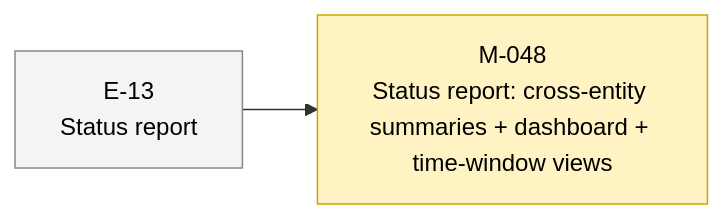
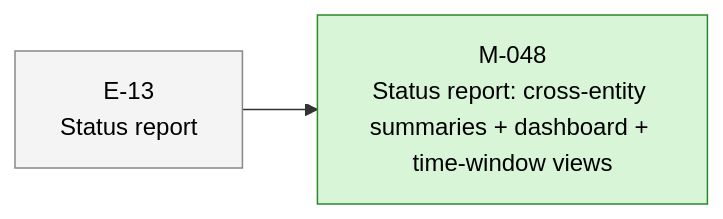
The first of 2 diagrams in STATUS.md (23min/aiwf), drawn with Mermaid before and after one commit. The commit also changed other lines of this file and 1 other file, not shown here.

First line of the commit message:
aiwf promote M-048 in_progress -> done

````diff
--- a/STATUS.md
+++ b/STATUS.md
@@ -15,12 +15,12 @@
 ```mermaid
 flowchart LR
   E_13["E-13<br/>Status report"]:::epic_proposed
-  M_048["M-048<br/>Status report: cross-entity summaries + dashboard + time-window views"]:::ms_in_progress
+  M_048["M-048<br/>Status report: cross-entity summaries + dashboard + time-window views"]:::ms_done
   E_13 --> M_048
   classDef epic_active fill:#d6eaff,stroke:#1a73e8,color:#000
   classDef epic_proposed fill:#f4f4f4,stroke:#888,color:#000
   classDef ms_done fill:#d8f5d8,stroke:#2a8a2a,color:#000
   classDef ms_in_progress fill:#fff3c4,stroke:#caa400,color:#000
   classDef ms_draft fill:#f4f4f4,stroke:#888,color:#000
   classDef ms_cancelled fill:#fbeaea,stroke:#c33,color:#000
 ```
````
